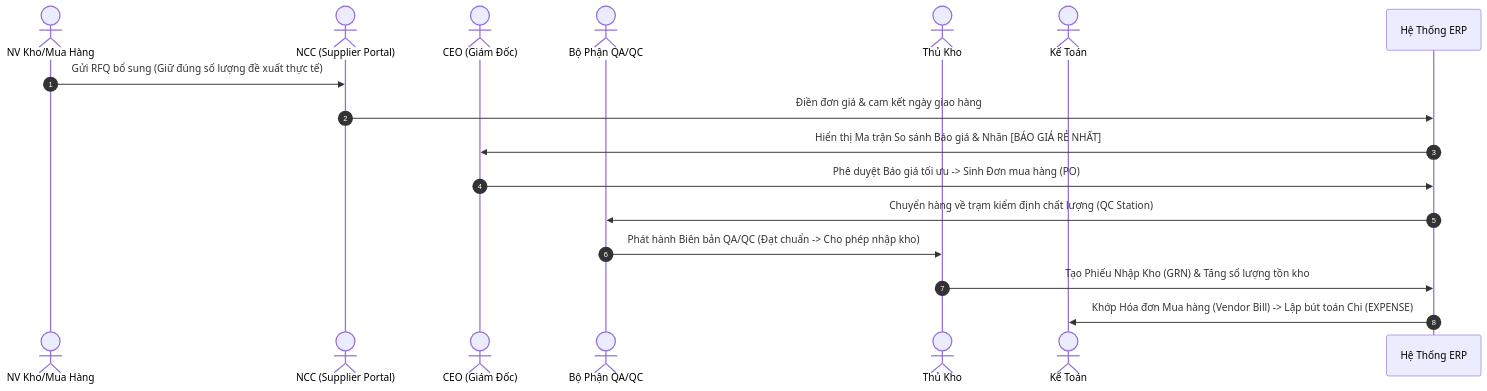
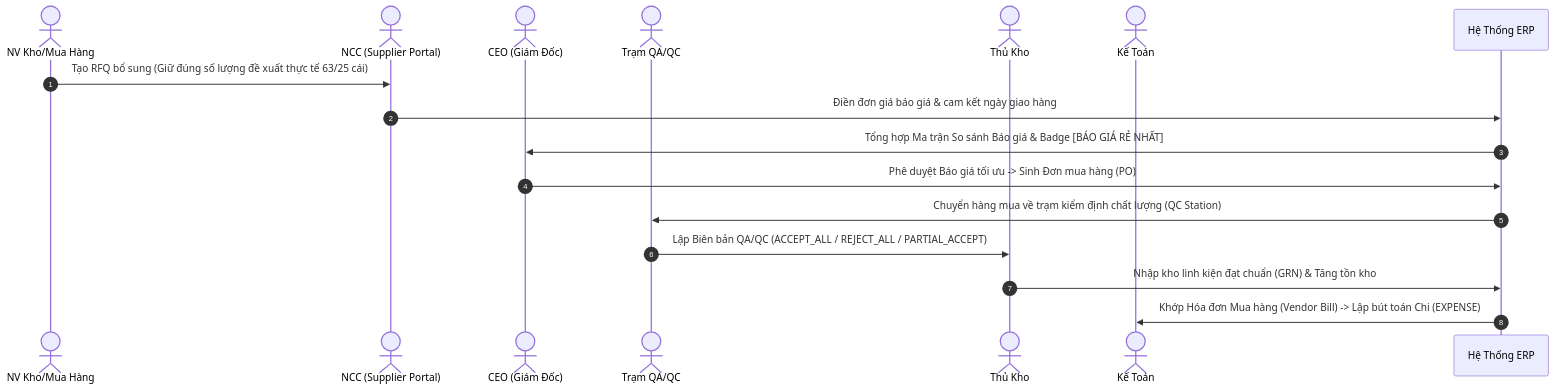
Before and after one commit to CauBeHayBun/KLTN_ERP: the second of 3 diagrams in README.md, drawn with Mermaid. The commit also changed other lines of this file, not shown here.

Commit message:
docs: Add 15 NCC partners list, new QA/QC flow, and updated Shipper assignment delivery docs

````diff
--- a/README.md
+++ b/README.md
@@ -111,19 +132,19 @@
 ```mermaid
 sequenceDiagram
     autonumber
     actor NV Kho/Mua Hàng
     actor NCC (Supplier Portal)
     actor CEO (Giám Đốc)
-    actor Bộ Phận QA/QC
+    actor Trạm QA/QC
     actor Thủ Kho
     actor Kế Toán
 
-    NV Kho/Mua Hàng->>NCC (Supplier Portal): Gửi RFQ bổ sung (Giữ đúng số lượng đề xuất thực tế)
-    NCC (Supplier Portal)->>Hệ Thống ERP: Điền đơn giá & cam kết ngày giao hàng
-    Hệ Thống ERP->>CEO (Giám Đốc): Hiển thị Ma trận So sánh Báo giá & Nhãn [BÁO GIÁ RẺ NHẤT]
+    NV Kho/Mua Hàng->>NCC (Supplier Portal): Tạo RFQ bổ sung (Giữ đúng số lượng đề xuất thực tế 63/25 cái)
+    NCC (Supplier Portal)->>Hệ Thống ERP: Điền đơn giá báo giá & cam kết ngày giao hàng
+    Hệ Thống ERP->>CEO (Giám Đốc): Tổng hợp Ma trận So sánh Báo giá & Badge [BÁO GIÁ RẺ NHẤT]
     CEO (Giám Đốc)->>Hệ Thống ERP: Phê duyệt Báo giá tối ưu -> Sinh Đơn mua hàng (PO)
-    Hệ Thống ERP->>Bộ Phận QA/QC: Chuyển hàng về trạm kiểm định chất lượng (QC Station)
-    Bộ Phận QA/QC->>Thủ Kho: Phát hành Biên bản QA/QC (Đạt chuẩn -> Cho phép nhập kho)
-    Thủ Kho->>Hệ Thống ERP: Tạo Phiếu Nhập Kho (GRN) & Tăng số lượng tồn kho
+    Hệ Thống ERP->>Trạm QA/QC: Chuyển hàng mua về trạm kiểm định chất lượng (QC Station)
+    Trạm QA/QC->>Thủ Kho: Lập Biên bản QA/QC (ACCEPT_ALL / REJECT_ALL / PARTIAL_ACCEPT)
+    Thủ Kho->>Hệ Thống ERP: Nhập kho linh kiện đạt chuẩn (GRN) & Tăng tồn kho
     Hệ Thống ERP->>Kế Toán: Khớp Hóa đơn Mua hàng (Vendor Bill) -> Lập bút toán Chi (EXPENSE)
 ```
````
